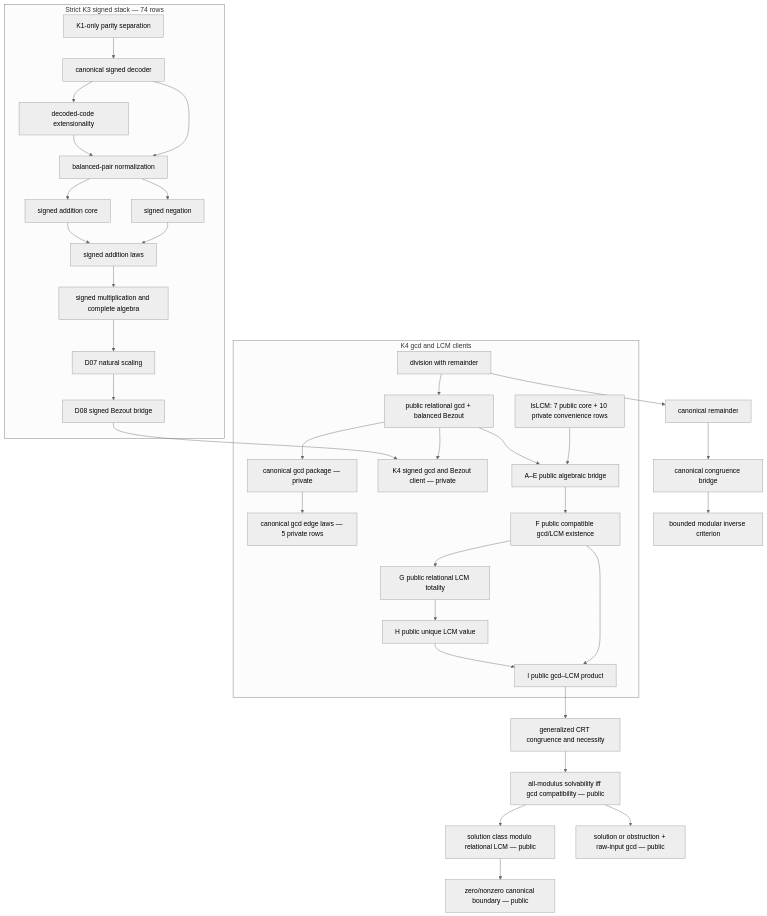
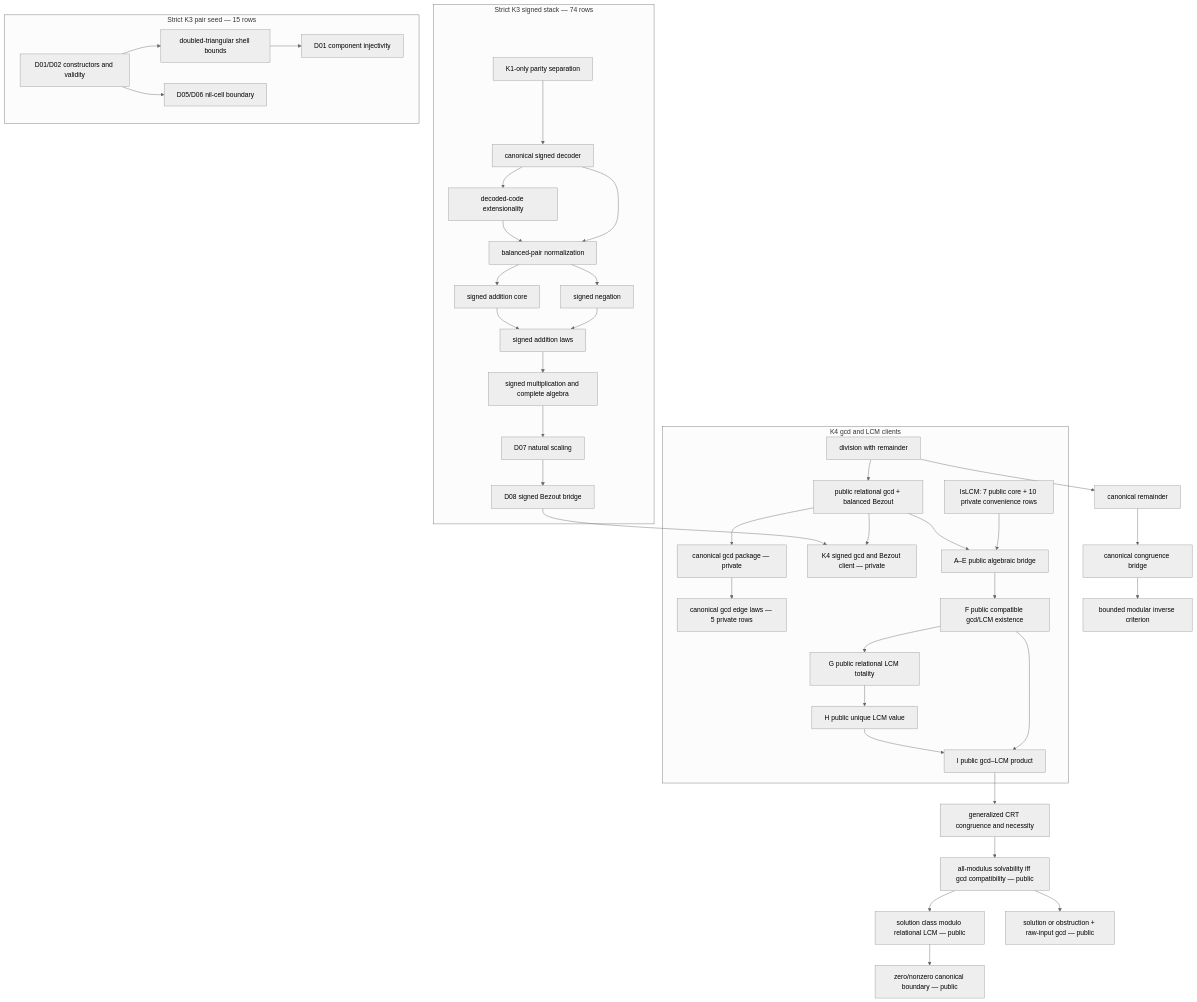
The diagram in vault/concepts/strict-ha-number-theory-campaign.md (nasqret/vietnam2026), drawn with Mermaid (neutral theme) before and after one commit. The commit also changed other lines of this file and 18 other files, not shown here.

Commit message:
Close doubled-Cantor pair core

````diff
--- a/vault/concepts/strict-ha-number-theory-campaign.md
+++ b/vault/concepts/strict-ha-number-theory-campaign.md
@@ -39,38 +40,43 @@
 ```mermaid
 flowchart TD
   D[division with remainder] --> R[canonical remainder]
   R --> C[canonical congruence bridge]
   C --> I[bounded modular inverse criterion]
   subgraph K3[Strict K3 signed stack — 74 rows]
     P[K1-only parity separation] --> S[canonical signed decoder]
     S --> E[decoded-code extensionality]
     S --> N[balanced-pair normalization]
     E --> N
     N --> SN[signed negation]
     N --> A[signed addition core]
     SN --> AL[signed addition laws]
     A --> AL
     AL --> M[signed multiplication and complete algebra]
     M --> D7[D07 natural scaling]
     D7 --> SB[D08 signed Bezout bridge]
+  end
+  subgraph K3P[Strict K3 pair seed — 15 rows]
+    PC[D01/D02 constructors and validity] --> PS[doubled-triangular shell bounds]
+    PS --> PI[D01 component injectivity]
+    PC --> PN[D05/D06 nil-cell boundary]
   end
   subgraph K4[K4 gcd and LCM clients]
     D --> RG
     RG[public relational gcd + balanced Bezout] --> CG[canonical gcd package — private]
     CG --> GE[canonical gcd edge laws — 5 private rows]
     RG --> SG[K4 signed gcd and Bezout client — private]
     SB --> SG
     RL[IsLCM: 7 public core + 10 private convenience rows] --> BF[A–E public algebraic bridge]
     RG --> BF
     BF --> CE[F public compatible gcd/LCM existence]
     CE --> LT[G public relational LCM totality]
     LT --> LU[H public unique LCM value]
     CE --> GP[I public gcd–LCM product]
     LU --> GP
   end
   GP --> GC[generalized CRT congruence and necessity]
   GC --> GS[all-modulus solvability iff gcd compatibility — public]
   GS --> CL[solution class modulo relational LCM — public]
   CL --> CB[zero/nonzero canonical boundary — public]
   GS --> ED[solution or obstruction + raw-input gcd — public]
 ```
````
